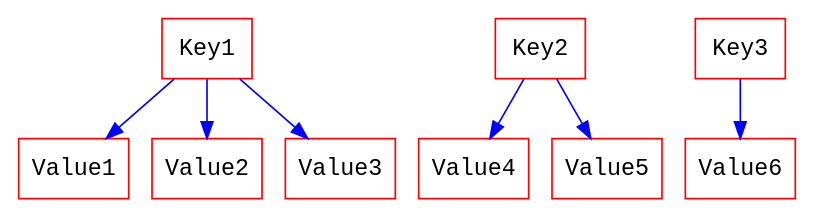
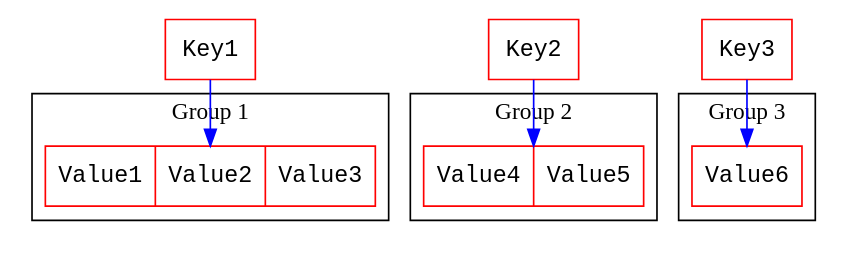
One commit to s0920832252/LinQ-Note changed the second of 2 diagrams in Lookup.md. Above: the diagram before and after it, drawn with Graphviz. The commit also changed other lines of this file, not shown here.

Commit message:
修改 Lookup 的圖片以及文字敘述

````diff
--- a/Lookup.md
+++ b/Lookup.md
@@ -28,13 +28,23 @@
 ```graphviz
 digraph hierarchy {
-
-                nodesep=0.2 // increases the separation between nodes
-                
-                node [color=Red,fontname=Courier,shape=box] //All nodes will this shape and colour
-                edge [color=Blue, style=line] //All the lines look like this
-
-                Key1->{Value1 Value2 Value3}
-                Key2->{Value4 Value5}
-                Key3->{Value6}                
+                nodesep=0.4 // increases the separation between nodes
+	node[color=Red,fontname=Courier,shape=record]
+    edge [color=Blue, style=line] //All the lines look like this
+    
+       subgraph cluster_level1{
+                label ="Group 1";                  
+	            struct1 [label="Value1|Value2|Value3"];
+        }
+        subgraph cluster_level2{
+                label ="Group 2";                  
+                struct2 [label="Value4|Value5"];
+        }
+        subgraph cluster_level3{
+                label ="Group 3";                  
+                struct3 [label="Value6"];
+        }
+        Key1->struct1
+        Key2->struct2
+        Key3->struct3
 }
 ```
````
